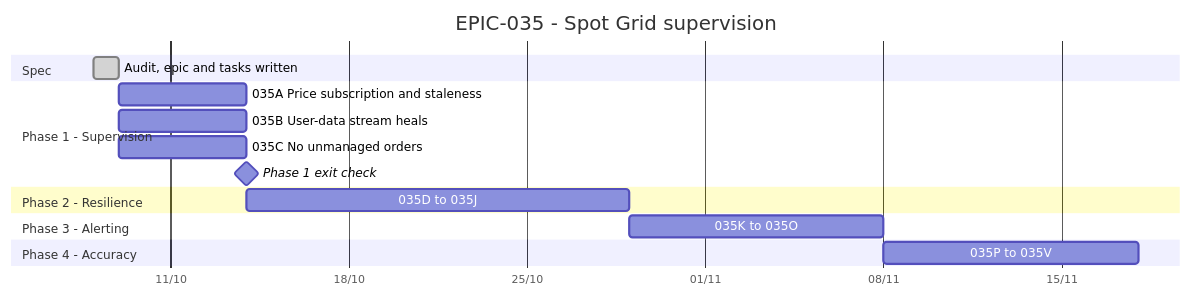
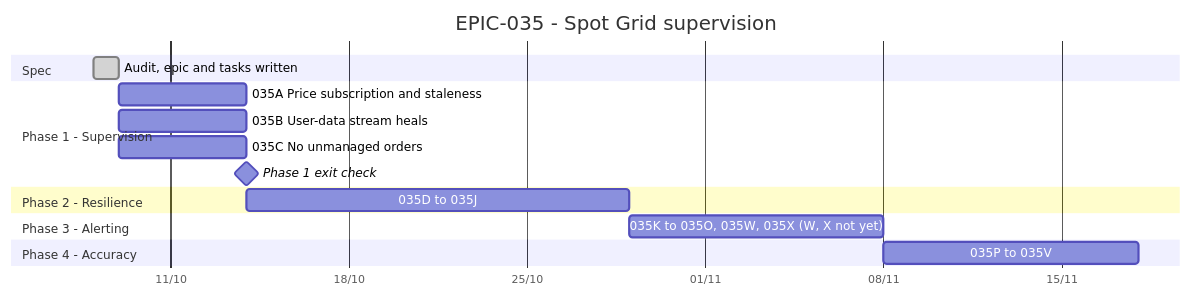
The diagram in Tasks/epics/EPIC-035_spot_grid_unattended_safety/TRACKING.md (anhembedded/Sagittarius_Elite_Warrior), drawn with Mermaid before and after one commit. The commit also changed other lines of this file and 5 other files, not shown here.

````diff
--- a/Tasks/epics/EPIC-035_spot_grid_unattended_safety/TRACKING.md
+++ b/Tasks/epics/EPIC-035_spot_grid_unattended_safety/TRACKING.md
@@ -12,25 +12,25 @@
 ```mermaid
 gantt
     title EPIC-035 - Spot Grid supervision
     dateFormat  YYYY-MM-DD
     axisFormat  %d/%m
     todayMarker stroke-width:2px,stroke:#d33,opacity:0.6
 
     section Spec
     Audit, epic and tasks written        :done, s1, 2026-10-08, 1d
 
     section Phase 1 - Supervision
     035A Price subscription and staleness :p1a, after s1, 5d
     035B User-data stream heals           :p1b, after s1, 5d
     035C No unmanaged orders              :p1c, after s1, 5d
     Phase 1 exit check                    :milestone, m1, after p1c, 0d
 
     section Phase 2 - Resilience
     035D to 035J                          :p2, after m1, 15d
 
     section Phase 3 - Alerting
-    035K to 035O                          :p3, after p2, 10d
+    035K to 035O, 035W, 035X (W, X not yet) :p3, after p2, 10d
 
     section Phase 4 - Accuracy
     035P to 035V                          :p4, after p3, 10d
 ```
````
